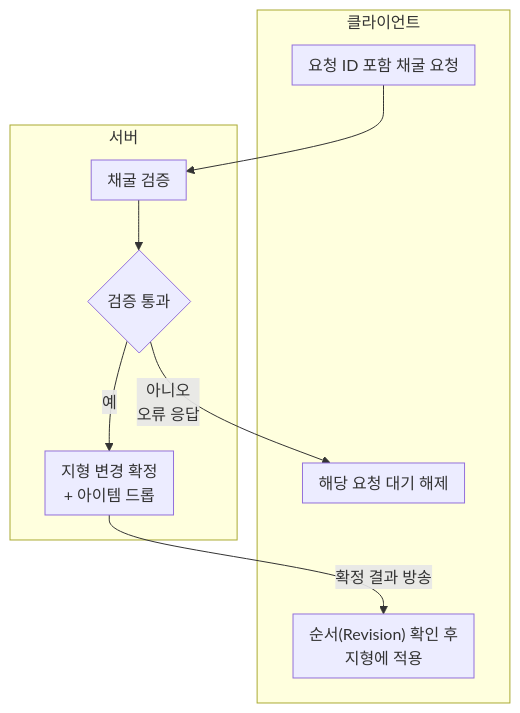
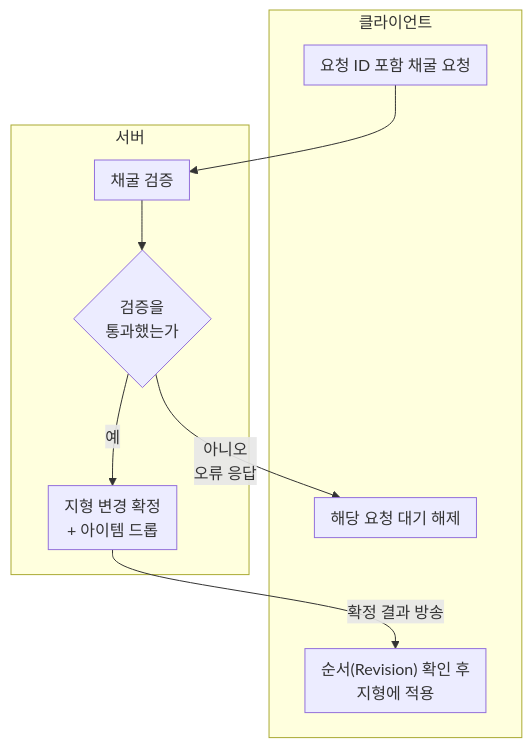
Before and after one commit to keeeery/portfolio: the seventh of 12 diagrams in src/2-Folk-Sack/TechDoc_FolkSack.md, drawn with Mermaid. The commit also changed other lines of this file and 3 other files, not shown here.

````diff
--- a/src/2-Folk-Sack/TechDoc_FolkSack.md
+++ b/src/2-Folk-Sack/TechDoc_FolkSack.md
@@ -467,20 +467,20 @@
 ```mermaid
 %%{init: {"flowchart": {"padding": 8, "subGraphTitleMargin": {"top": 0, "bottom": 10}}}}%%
 flowchart TB
     subgraph Client["클라이언트"]
         Req["요청 ID 포함 채굴 요청"]
         Fail["해당 요청 대기 해제"]
         Apply["순서(Revision) 확인 후<br>지형에 적용"]
     end
     subgraph Server["서버"]
         Check["채굴 검증"]
-        Ok{"검증 통과"}
+        Ok{"검증을<br>통과했는가"}
         Commit["지형 변경 확정<br>+ 아이템 드롭"]
     end
     Req --> Check
     Check --> Ok
     Ok -->|예| Commit
     Ok -->|아니오<br>오류 응답| Fail
     Commit -->|확정 결과 방송| Apply
     %% 격자: Req Check | Fail Ok | Apply Commit
 ```
````
